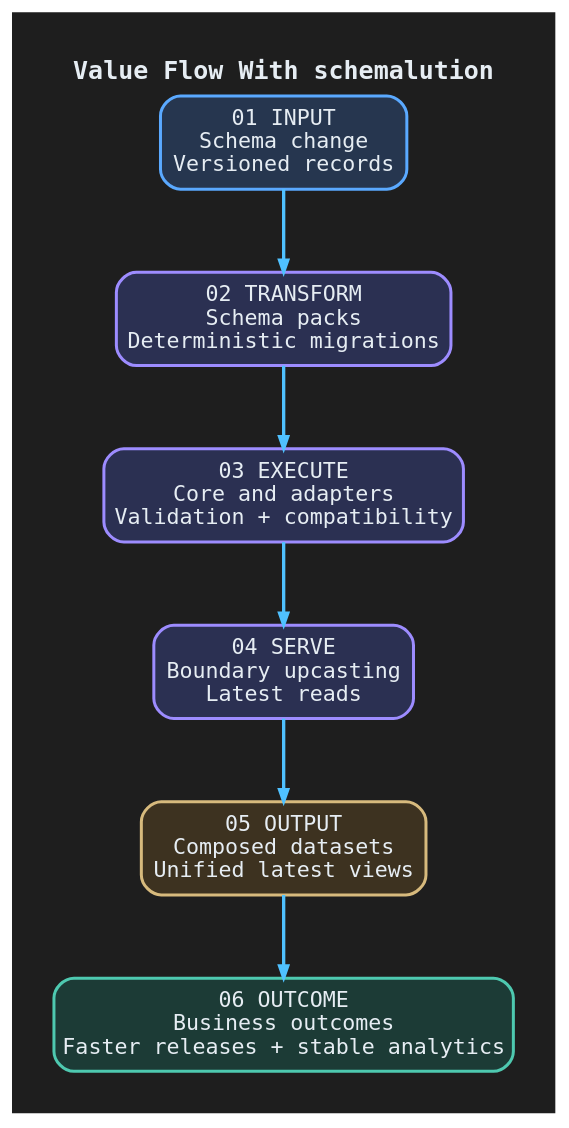
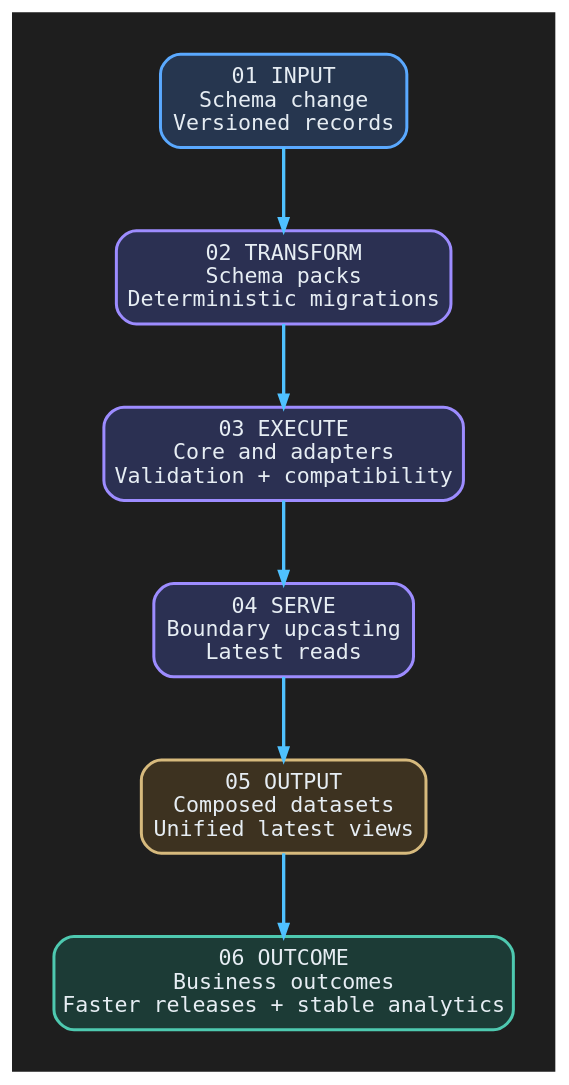
Before and after one commit to cronologi/schemalution: the diagram in assets/diagrams/value-flow-with-mobile.dot, drawn with Graphviz. The commit also changed 16 other files, not shown here.

```diff
--- a/assets/diagrams/value-flow-with-mobile.dot
+++ b/assets/diagrams/value-flow-with-mobile.dot
@@ -1,39 +1,37 @@
 digraph value_flow_with_mobile {
   graph [
     rankdir=TB,
     bgcolor="#1E1E1E",
     pad="0.35",
     nodesep="0.5",
     ranksep="0.7",
     fontname="Cascadia Code, DejaVu Sans Mono, Noto Mono",
     fontsize=15,
-    fontcolor="#E6EDF3",
-    labelloc="t",
-    label=<<B>Value Flow With schemalution</B>>
+    fontcolor="#E6EDF3"
   ];
 
   node [
     shape=box,
     style="rounded,filled",
     penwidth=1.8,
     fontname="Cascadia Code, DejaVu Sans Mono, Noto Mono",
     fontsize=13,
     fontcolor="#E6EDF3",
     margin="0.14,0.10"
   ];
 
   edge [color="#4FC1FF", penwidth=2, arrowsize=0.7];
 
   S1 [label="01 INPUT\nSchema change\nVersioned records", fillcolor="#26364F", color="#5AA9FF"];
   S2 [label="02 TRANSFORM\nSchema packs\nDeterministic migrations", fillcolor="#2B3052", color="#9D8CFF"];
   S3 [label="03 EXECUTE\nCore and adapters\nValidation + compatibility", fillcolor="#2B3052", color="#9D8CFF"];
   S4 [label="04 SERVE\nBoundary upcasting\nLatest reads", fillcolor="#2B3052", color="#9D8CFF"];
   S5 [label="05 OUTPUT\nComposed datasets\nUnified latest views", fillcolor="#3D3220", color="#D7BA7D"];
   S6 [label="06 OUTCOME\nBusiness outcomes\nFaster releases + stable analytics", fillcolor="#1C3B36", color="#4EC9B0"];
 
   S1 -> S2;
   S2 -> S3;
   S3 -> S4;
   S4 -> S5;
   S5 -> S6;
 }
```
